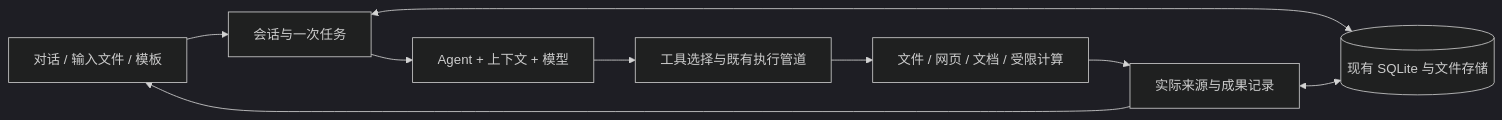
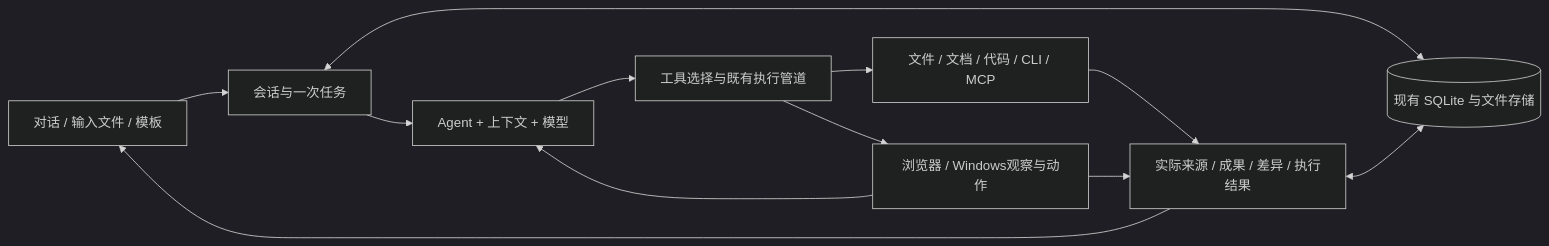
The diagram in docs/agents/architecture.md (m1rzen/rainydays), drawn with Mermaid (dark theme) before and after one commit. The commit also changed other lines of this file and 38 other files, not shown here.

````diff
--- a/docs/agents/architecture.md
+++ b/docs/agents/architecture.md
@@ -7,11 +7,14 @@
 ```mermaid
 flowchart LR
   U[对话 / 输入文件 / 模板] --> S[会话与一次任务]
   S --> A[Agent + 上下文 + 模型]
   A --> T[工具选择与既有执行管道]
-  T --> F[文件 / 网页 / 文档 / 受限计算]
-  F --> R[实际来源与成果记录]
+  T --> F[文件 / 文档 / 代码 / CLI / MCP]
+  T --> G[浏览器 / Windows观察与动作]
+  G --> A
+  F --> R[实际来源 / 成果 / 差异 / 执行结果]
+  G --> R
   R --> U
   S <--> D[(现有 SQLite 与文件存储)]
   R <--> D
 ```
````
